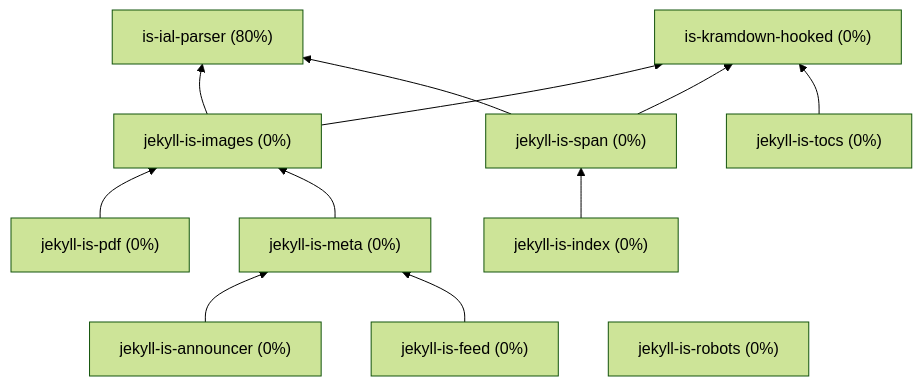
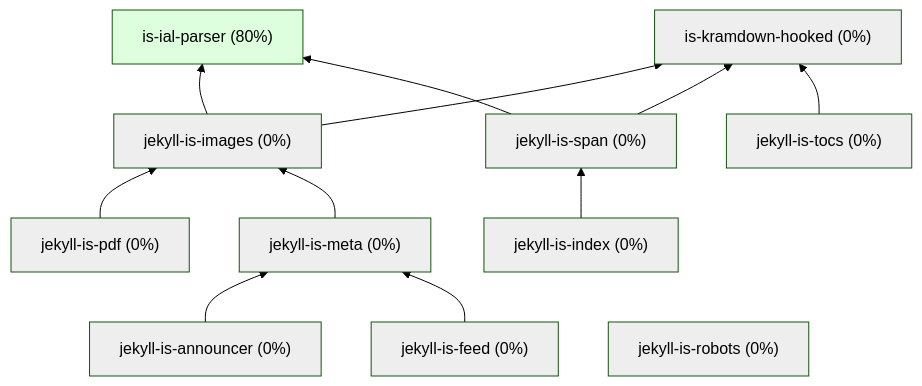
The diagram in profile/README.md (jekyll-is/.github), drawn with Mermaid (forest theme) before and after one commit.

````diff
--- a/profile/README.md
+++ b/profile/README.md
@@ -3,28 +3,43 @@
 ```mermaid
 graph BT
   ial["is-ial-parser (80%)"]
   kramdown["is-kramdown-hooked (0%)"]
   images["jekyll-is-images (0%)"] --> ial
   images --> kramdown
   announcer["jekyll-is-announcer (0%)"] --> meta
   pdf["jekyll-is-pdf (0%)"] --> images
   meta["jekyll-is-meta (0%)"] --> images
   feed["jekyll-is-feed (0%)"] --> meta
   span["jekyll-is-span (0%)"] --> ial
   index["jekyll-is-index (0%)"] --> span
   span --> kramdown
   tocs["jekyll-is-tocs (0%)"] --> kramdown
   robots["jekyll-is-robots (0%)"]
 
 click ial "https://github.com/jekyll-is/is-ial-parser"
 click kramdown "https://github.com/jekyll-is/is-kramdown-hooked"
 click announcer "https://github.com/jekyll-is/jekyll-is-announcer"
 click images "https://github.com/jekyll-is/jekyll-is-images"
 click robots "https://github.com/jekyll-is/jekyll-is-robots"
 click meta "https://github.com/jekyll-is/jekyll-is-meta"
 click pdf "https://github.com/jekyll-is/jekyll-is-pdf"
 click tocs "https://github.com/jekyll-is/jekyll-is-tocs"
 click feed "https://github.com/jekyll-is/jekyll-is-feed"
 click index "https://github.com/jekyll-is/jekyll-is-index"
 click span "https://github.com/jekyll-is/jekyll-is-span"
+
+classDef green fill:#DFD
+classDef gray fill:#EEE
+
+class ial green
+class kramdown gray
+class images gray
+class announcer gray
+class pdf gray
+class span gray
+class index gray
+class feed gray
+class meta gray
+class robots gray
+class tocs gray
 ```
````
